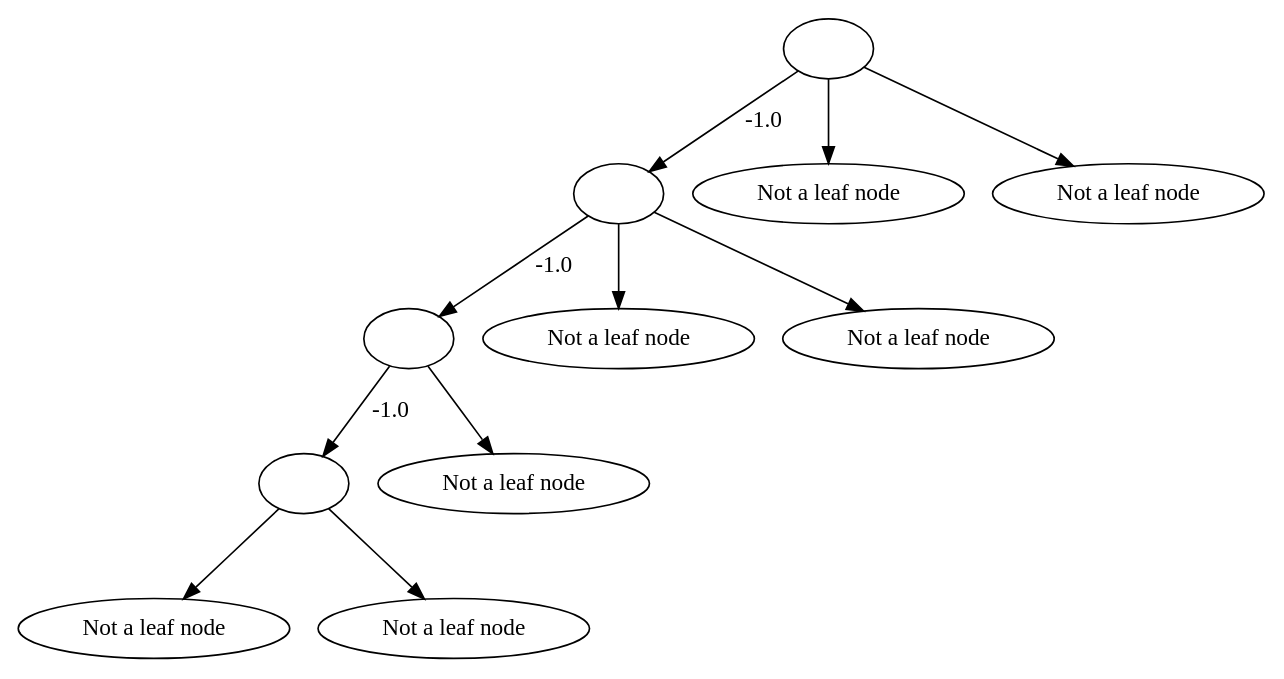
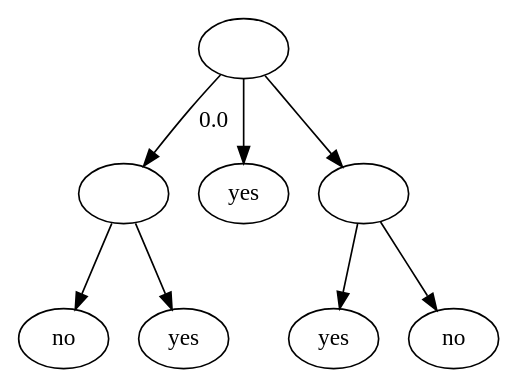
One commit to lelouch01234/decision-tree changed the diagram in output/tree.dot. Above: the diagram before and after it, drawn with Graphviz. The commit also changed 5 other files, not shown here.

```diff
--- a/output/tree.dot
+++ b/output/tree.dot
@@ -1,24 +1,18 @@
 digraph DecisionTree {
 graph [ordering="out"];
   0 [label=""];
-  0 -> 1 [label=" -1.0"];
+  0 -> 1 [label=" 0.0"];
   1 [label=""];
-  1 -> 2 [label=" -1.0"];
-  2 [label=""];
-  2 -> 3 [label=" -1.0"];
-  3 [label=""];
-  3 -> 4 [label=" "];
-  4 [label="Not a leaf node"];
-  3 -> 5 [label=" "];
-  5 [label="Not a leaf node"];
-  2 -> 6 [label=" "];
-  6 [label="Not a leaf node"];
-  1 -> 7 [label=" "];
-  7 [label="Not a leaf node"];
-  1 -> 8 [label=" "];
-  8 [label="Not a leaf node"];
-  0 -> 9 [label=" "];
-  9 [label="Not a leaf node"];
-  0 -> 10 [label=" "];
-  10 [label="Not a leaf node"];
+  1 -> 2 [label=" "];
+  2 [label="no"];
+  1 -> 3 [label=" "];
+  3 [label="yes"];
+  0 -> 4 [label=" "];
+  4 [label="yes"];
+  0 -> 5 [label=" "];
+  5 [label=""];
+  5 -> 6 [label=" "];
+  6 [label="yes"];
+  5 -> 7 [label=" "];
+  7 [label="no"];
 }
```
